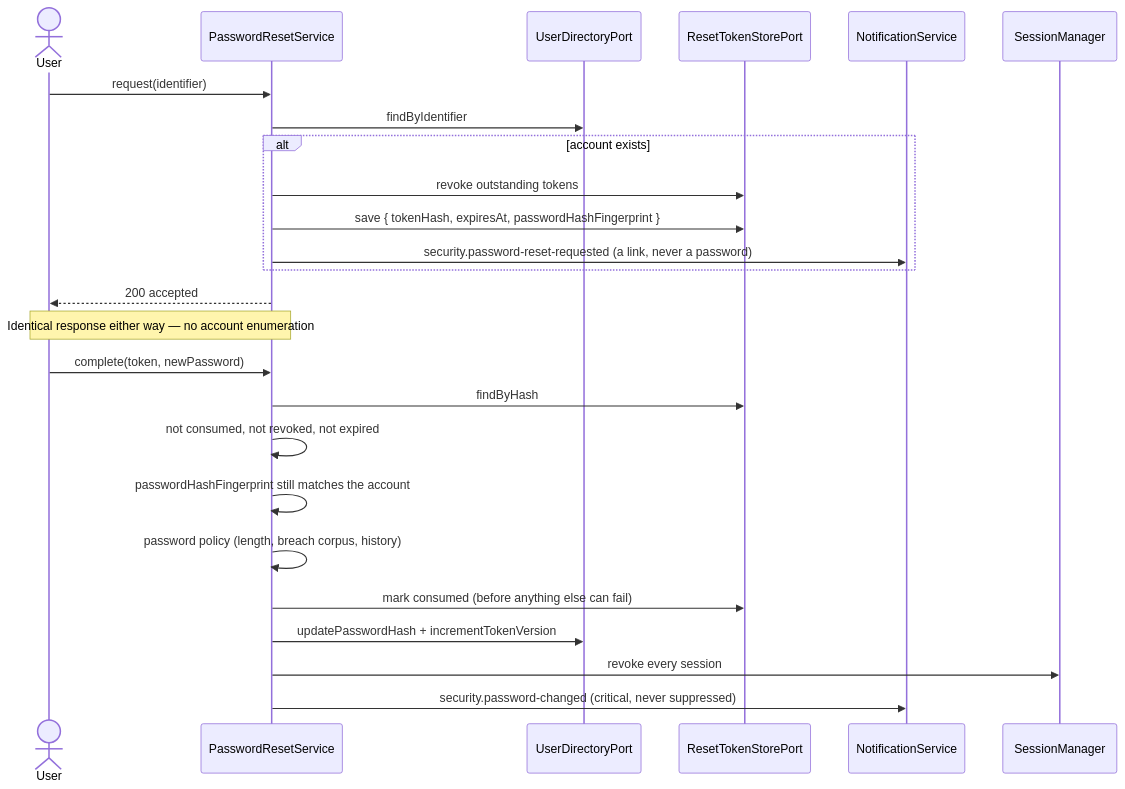
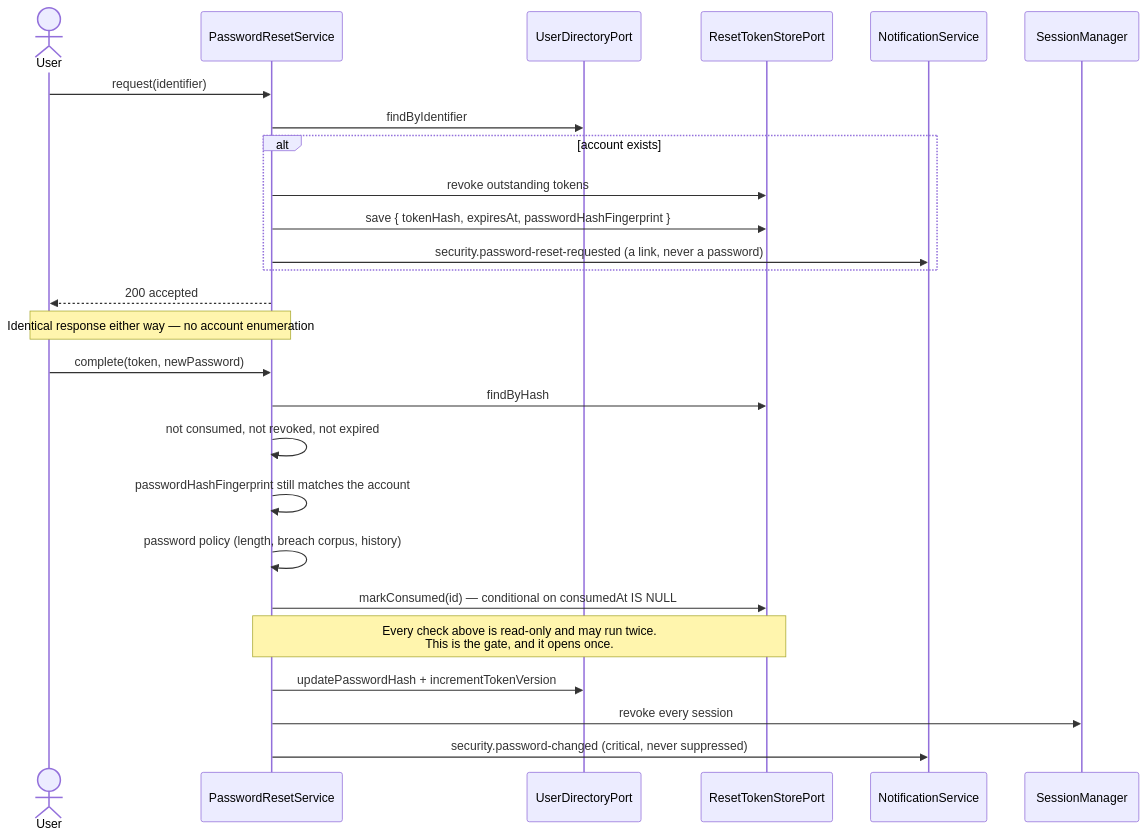
Before and after one commit to munaxa/munaxa-platform: the fourth of 9 diagrams in docs/security-platform/sequences.md, drawn with Mermaid. The commit also changed other lines of this file and 34 other files, not shown here.

````diff
--- a/docs/security-platform/sequences.md
+++ b/docs/security-platform/sequences.md
@@ -85,29 +128,30 @@
 ```mermaid
 sequenceDiagram
   actor U as User
   participant P as PasswordResetService
   participant D as UserDirectoryPort
   participant St as ResetTokenStorePort
   participant N as NotificationService
   participant S as SessionManager
 
   U->>P: request(identifier)
   P->>D: findByIdentifier
   alt account exists
     P->>St: revoke outstanding tokens
     P->>St: save { tokenHash, expiresAt, passwordHashFingerprint }
     P->>N: security.password-reset-requested (a link, never a password)
   end
   P-->>U: 200 accepted
   Note over P,U: Identical response either way — no account enumeration
 
   U->>P: complete(token, newPassword)
   P->>St: findByHash
   P->>P: not consumed, not revoked, not expired
   P->>P: passwordHashFingerprint still matches the account
   P->>P: password policy (length, breach corpus, history)
-  P->>St: mark consumed (before anything else can fail)
+  P->>St: markConsumed(id) — conditional on consumedAt IS NULL
+  Note over P,St: Every check above is read-only and may run twice.<br/>This is the gate, and it opens once.
   P->>D: updatePasswordHash + incrementTokenVersion
   P->>S: revoke every session
   P->>N: security.password-changed (critical, never suppressed)
 ```
````
